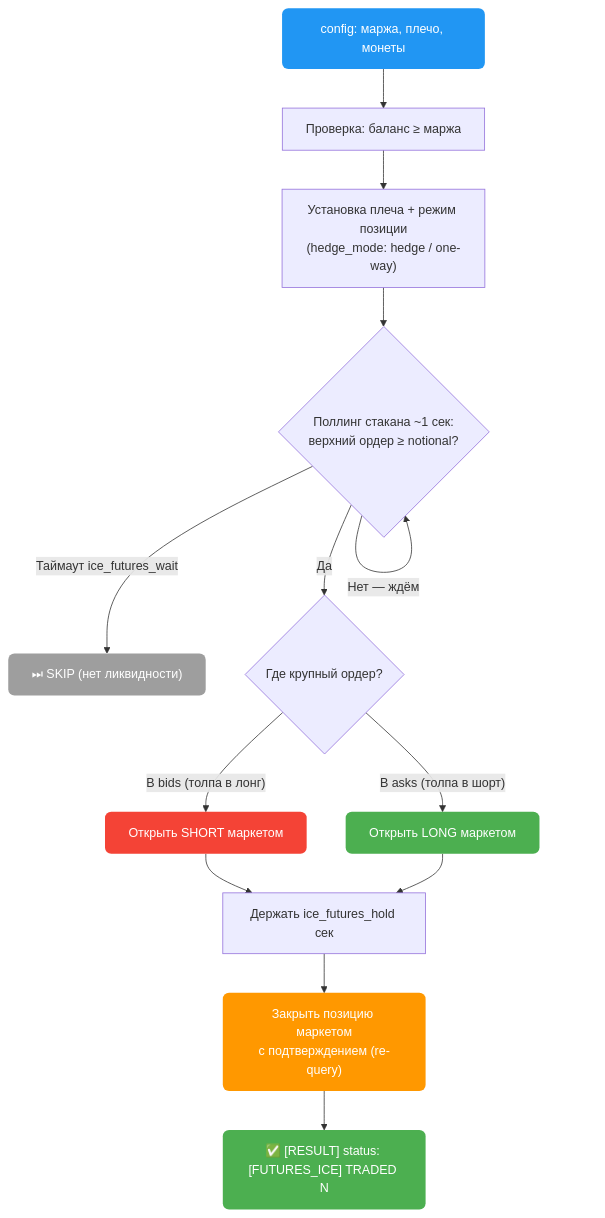
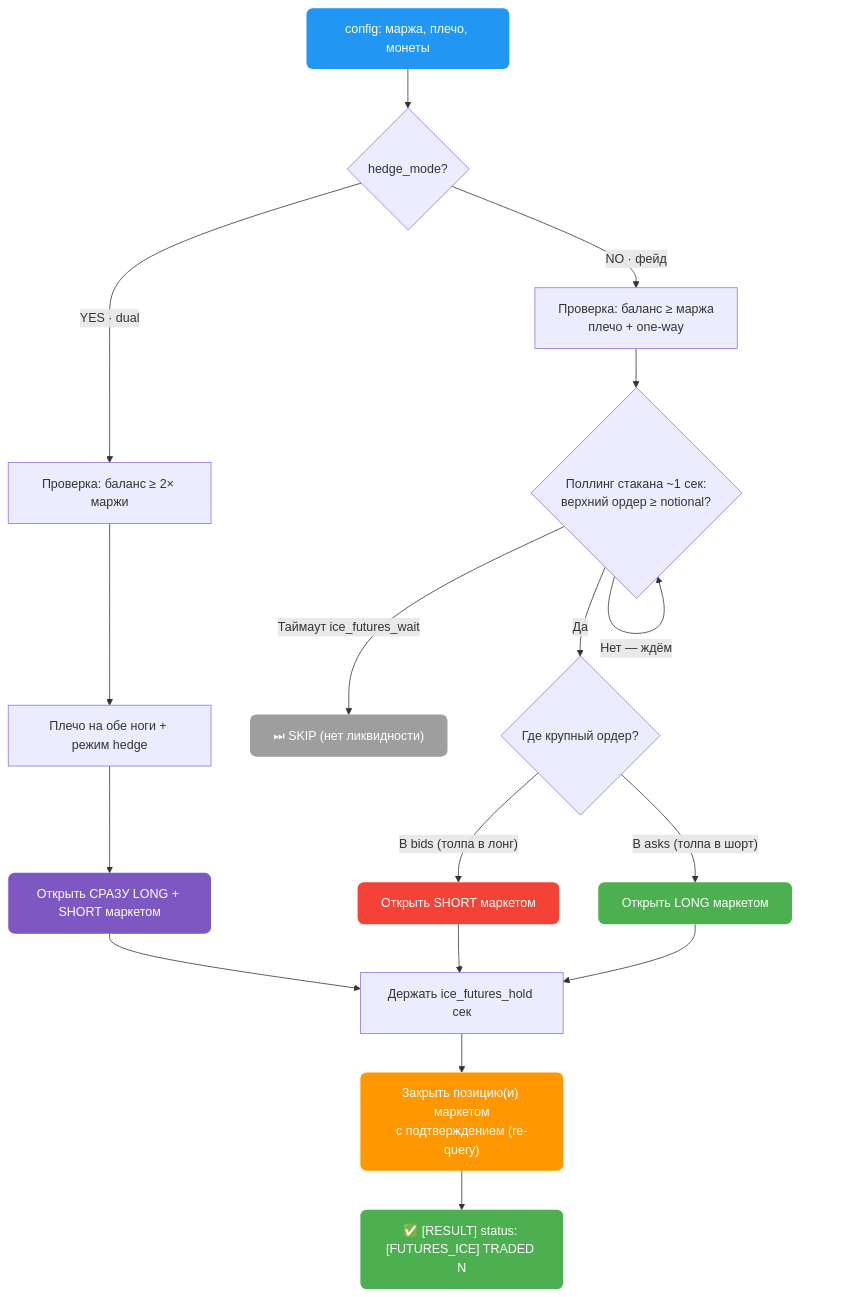
The third of 5 diagrams in src/content/docs/exchanges/bybit-autopilot/ice.md (AutoPilotSoftware/docs), drawn with Mermaid before and after one commit. The commit also changed other lines of this file, not shown here.

First line of the commit message:
docs(ice): hedge_mode=YES now opens both sides (dual, delta-neutral)

````diff
--- a/src/content/docs/exchanges/bybit-autopilot/ice.md
+++ b/src/content/docs/exchanges/bybit-autopilot/ice.md
@@ -177,21 +183,26 @@
 ```mermaid
 flowchart TD
-    A["config: маржа, плечо, монеты"] --> B["Проверка: баланс ≥ маржа"]
-    B --> C["Установка плеча + режим позиции<br/>(hedge_mode: hedge / one-way)"]
+    A["config: маржа, плечо, монеты"] --> B{"hedge_mode?"}
+    B -- "YES · dual" --> DU1["Проверка: баланс ≥ 2× маржи"]
+    DU1 --> DU2["Плечо на обе ноги + режим hedge"]
+    DU2 --> DU3["Открыть СРАЗУ LONG + SHORT маркетом"]
+    DU3 --> H["Держать ice_futures_hold сек"]
+    B -- "NO · фейд" --> C["Проверка: баланс ≥ маржа<br/>плечо + one-way"]
     C --> D{"Поллинг стакана ~1 сек:<br/>верхний ордер ≥ notional?"}
     D -- "Нет — ждём" --> D
     D -- "Таймаут ice_futures_wait" --> X["⏭ SKIP (нет ликвидности)"]
     D -- "Да" --> E{"Где крупный ордер?"}
     E -- "В bids (толпа в лонг)" --> F["Открыть SHORT маркетом"]
     E -- "В asks (толпа в шорт)" --> G["Открыть LONG маркетом"]
-    F --> H["Держать ice_futures_hold сек"]
+    F --> H
     G --> H
-    H --> I["Закрыть позицию маркетом<br/>с подтверждением (re-query)"]
+    H --> I["Закрыть позицию(и) маркетом<br/>с подтверждением (re-query)"]
     I --> J["✅ [RESULT] status: [FUTURES_ICE] TRADED N"]
     style A fill:#2196F3,color:#fff,stroke:none,rx:8
+    style DU3 fill:#7E57C2,color:#fff,stroke:none,rx:8
     style F fill:#f44336,color:#fff,stroke:none,rx:8
     style G fill:#4CAF50,color:#fff,stroke:none,rx:8
     style I fill:#FF9800,color:#fff,stroke:none,rx:8
     style J fill:#4CAF50,color:#fff,stroke:none,rx:8
     style X fill:#9E9E9E,color:#fff,stroke:none,rx:8
 ```
````
